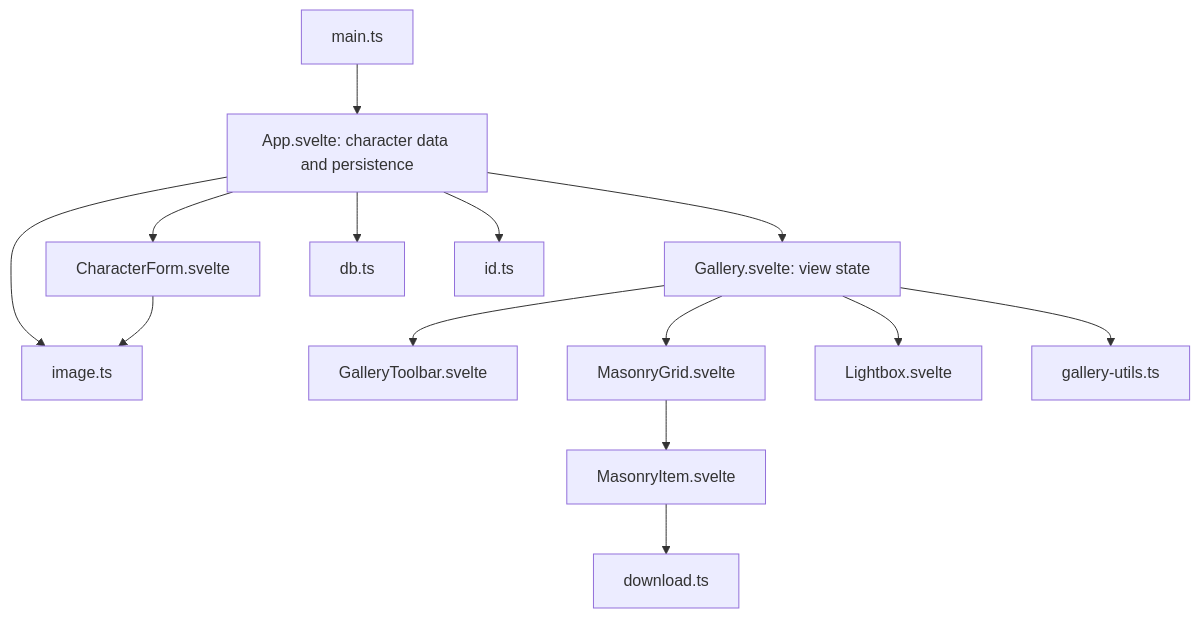
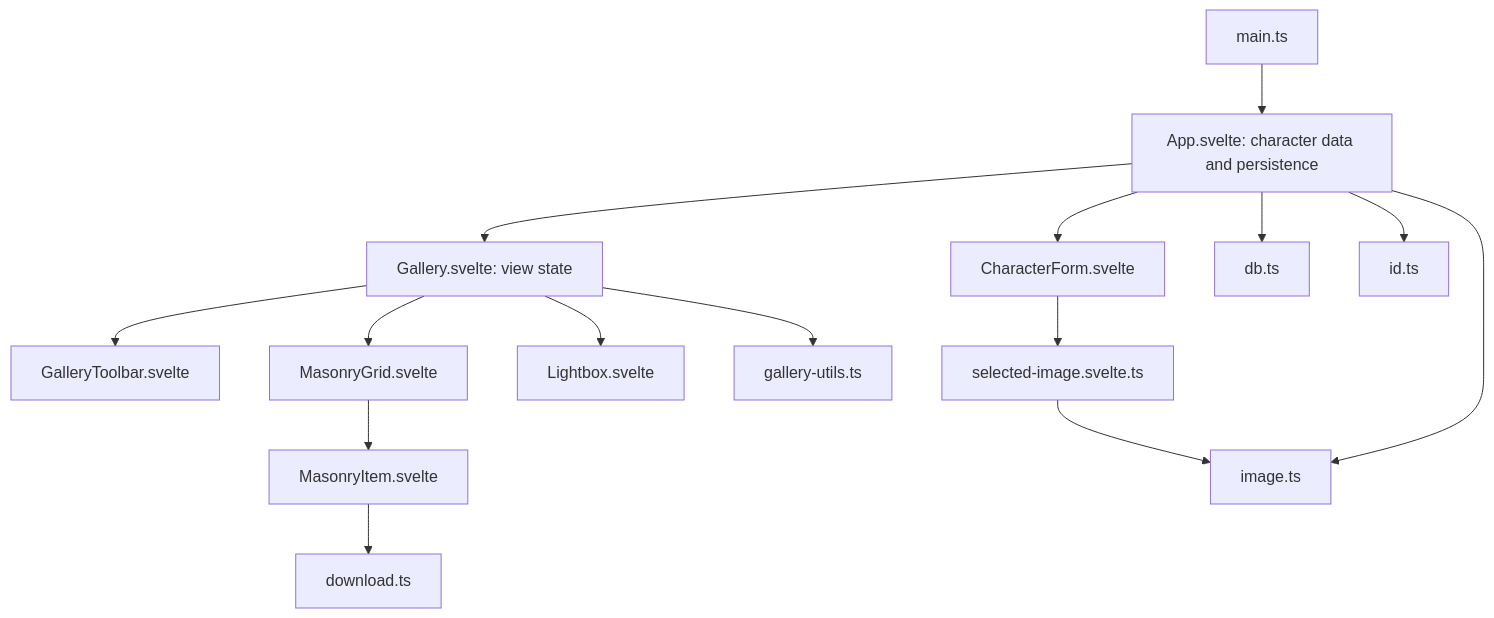
Before and after one commit to SairaDev02/sillytavern-vault: the diagram in docs/WIKI.md, drawn with Mermaid. The commit also changed other lines of this file and 10 other files, not shown here.

First line of the commit message:
fix(form): keep the latest selected image authoritative

````diff
--- a/docs/WIKI.md
+++ b/docs/WIKI.md
@@ -52,16 +52,17 @@
 ```mermaid
 graph TD
   main["main.ts"] --> App
   App["App.svelte: character data and persistence"] --> Gallery
   App --> CharacterForm["CharacterForm.svelte"]
   App --> db["db.ts"]
   App --> id["id.ts"]
   App --> image["image.ts"]
   Gallery["Gallery.svelte: view state"] --> GalleryToolbar["GalleryToolbar.svelte"]
   Gallery --> MasonryGrid["MasonryGrid.svelte"]
   Gallery --> Lightbox["Lightbox.svelte"]
   Gallery --> galleryUtils["gallery-utils.ts"]
   MasonryGrid --> MasonryItem["MasonryItem.svelte"]
   MasonryItem --> download["download.ts"]
-  CharacterForm --> image
+  CharacterForm --> selectedImage["selected-image.svelte.ts"]
+  selectedImage --> image
 ```
````
